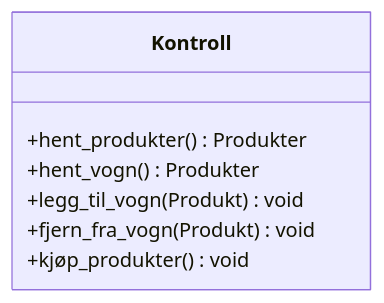
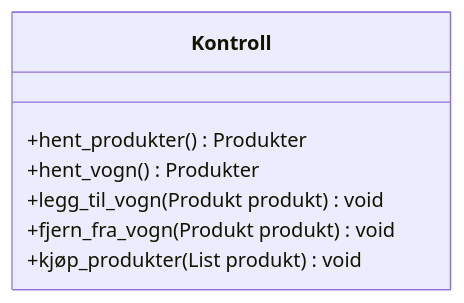
One commit to kmp-utvikler/bakeri_butikk changed the second of 3 diagrams in docs/design/klient.md. Above: the diagram before and after it, drawn with Mermaid. The commit also changed other lines of this file and 1 other file, not shown here.

````diff
--- a/docs/design/klient.md
+++ b/docs/design/klient.md
@@ -34,10 +35,10 @@
 ```mermaid
 classDiagram
     class Kontroll {
         +hent_produkter() Produkter
         +hent_vogn() Produkter
-        +legg_til_vogn(Produkt) void
-        +fjern_fra_vogn(Produkt) void
-        +kjøp_produkter() void
+        +legg_til_vogn(Produkt produkt) void
+        +fjern_fra_vogn(Produkt produkt) void
+        +kjøp_produkter(List<Produkt> produkt) void
     }
 ```
````
